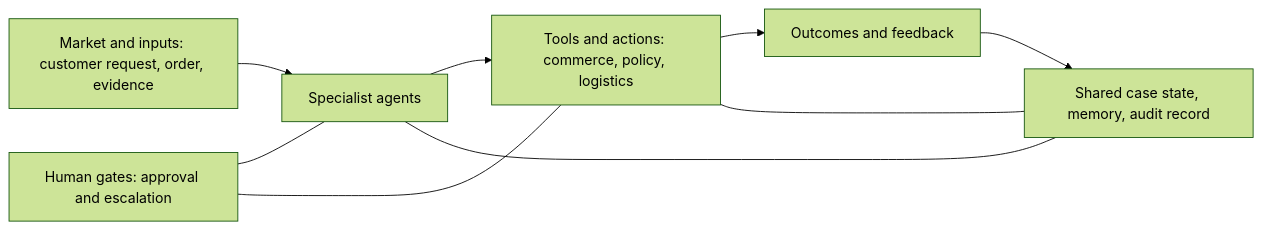
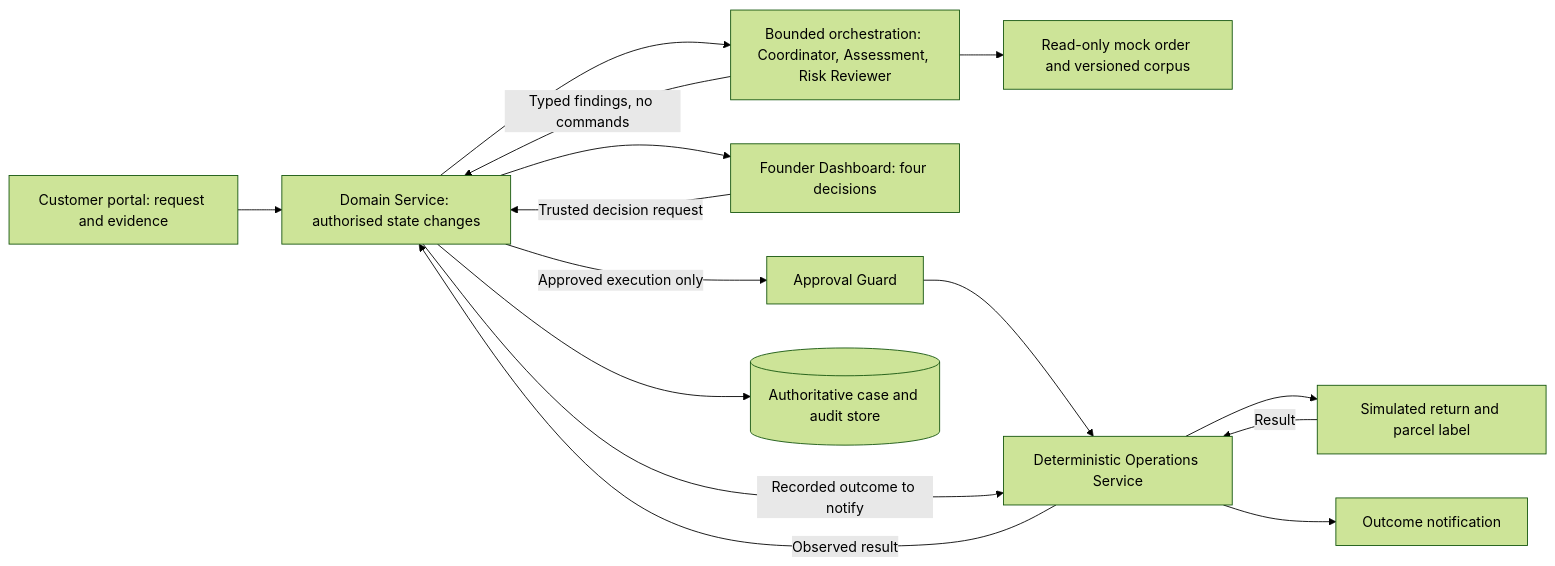
One commit to shuxiachai/returnops-au changed the diagram in docs/01-project-charter.md. Above: the diagram before and after it, drawn with Mermaid (forest theme). The commit also changed other lines of this file and 22 other files, not shown here.

````diff
--- a/docs/01-project-charter.md
+++ b/docs/01-project-charter.md
@@ -98,15 +128,27 @@
 ```mermaid
 flowchart LR
-    I["Market and inputs: customer request, order, evidence"]
-    A["Specialist agents"]
-    T["Tools and actions: commerce, policy, logistics"]
-    O["Outcomes and feedback"]
-    S["Shared case state, memory, audit record"]
-    H["Human gates: approval and escalation"]
-    I --> A --> T --> O
-    S --- A
-    S --- T
-    H --- A
-    H --- T
-    O --> S
+    I["Customer portal: request and evidence"]
+    D["Domain Service: authorised state changes"]
+    A["Bounded orchestration: Coordinator, Assessment, Risk Reviewer"]
+    R["Read-only mock order and versioned corpus"]
+    H["Founder Dashboard: four decisions"]
+    G["Approval Guard"]
+    O["Deterministic Operations Service"]
+    P["Simulated return and parcel label"]
+    N["Outcome notification"]
+    S[("Authoritative case and audit store")]
+    I --> D
+    D --> A
+    A --> R
+    A -->|Typed findings, no commands| D
+    D --> H
+    H -->|Trusted decision request| D
+    D -->|Approved execution only| G
+    G --> O
+    O --> P
+    P -->|Result| O
+    O -->|Observed result| D
+    D -->|Recorded outcome to notify| O
+    O --> N
+    D --> S
 ```
````
